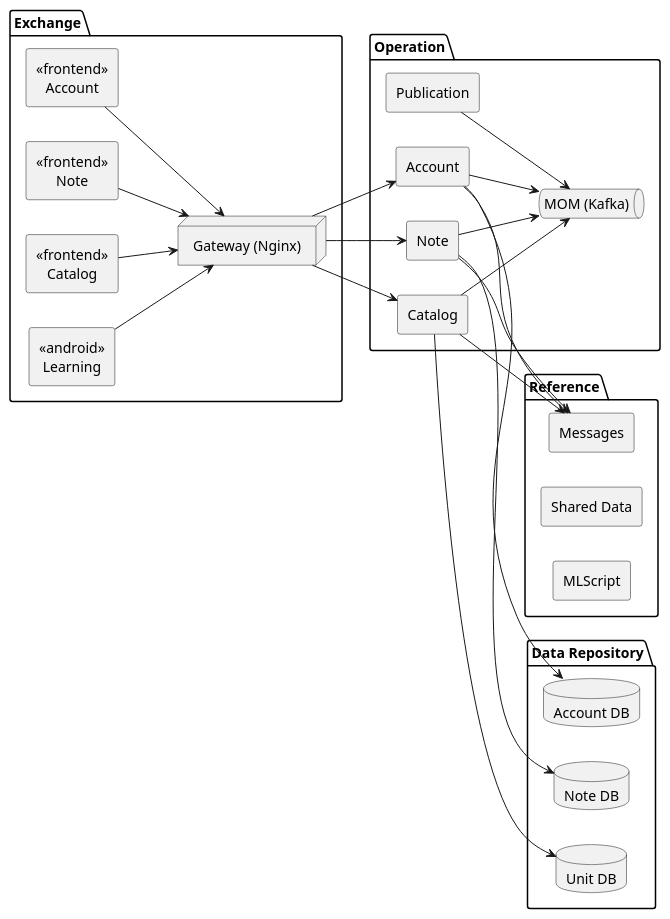
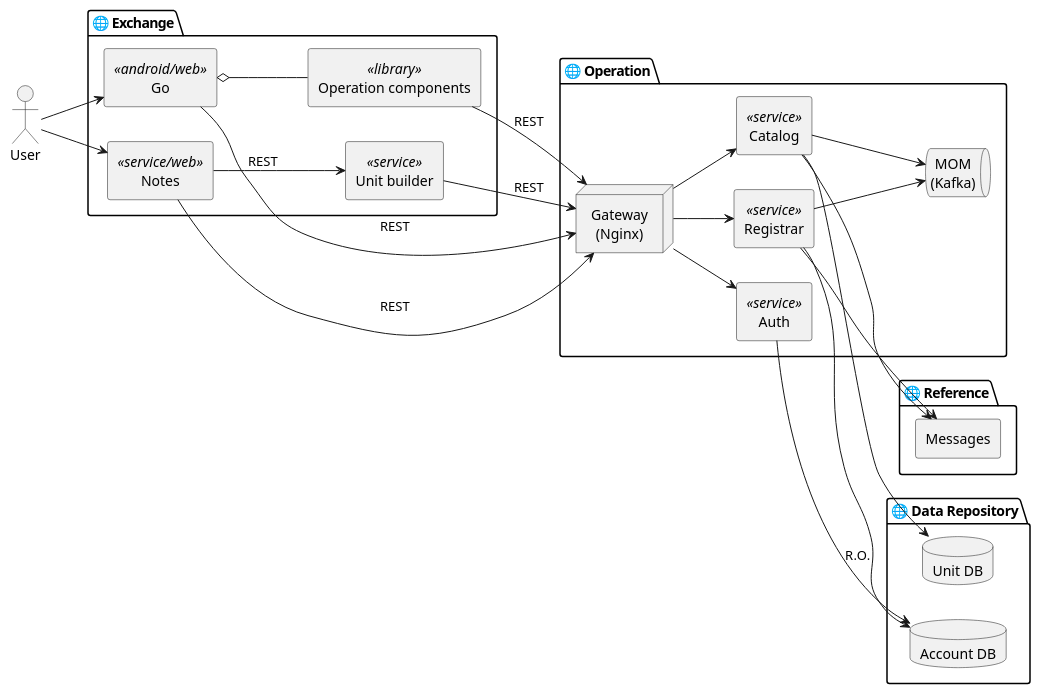
Before and after one commit to kiao-lp/kiao-lp.github.io: the second of 4 diagrams in architecture/global-architecture.md, drawn with PlantUML. The commit also changed other lines of this file and 3 other files, not shown here.

````diff
--- a/architecture/global-architecture.md
+++ b/architecture/global-architecture.md
@@ -49,60 +53,59 @@
 ```plantuml
 @startuml
 skinparam componentStyle rectangle
 skinparam defaultTextAlignment center
 left to right direction
 
-package "Exchange" {
-    node "Gateway (Nginx)" as GW
-    component "<< frontend >>\nAccount" as MFCompte
-    component "<< frontend >>\nNote" as MFNote
-    component "<< frontend >>\nCatalog" as MFCatalog
-    component "<< android >>\nLearning" as LearningAA
+actor User
 
-    MFCompte --> GW
-    MFNote --> GW
-    MFCatalog --> GW
-    LearningAA --> GW
+package "🌐 Operation" {
+    node "Gateway\n(Nginx)" as GW
+    
+    rectangle "Registrar" <<service>> as MSRegistrar
+    rectangle "Auth" <<service>> as MSAuth
+    rectangle "Catalog" <<service>> as MSCatalog
+
+    queue "MOM\n(Kafka)" as MOM
+
+    MSRegistrar --> MOM
+    MSCatalog --> MOM
 }
 
-package "Operation" {
+package "🌐 Exchange" {
+    component "Operation components" as OperationComponents <<library>>
+    component "Unit builder" <<service>> as Publication
+    component "Go" <<android/web>> as KiaoGO
+    component "Notes" <<service/web>> as KiaoNotes
 
-    rectangle "Account" as ZCompte
-    rectangle "Note" as ZNote
-    rectangle "Catalog" as ZCatalog
-
-    component "Publication" as Publication
-
-    queue "MOM (Kafka)" as MOM
-
-    ZCompte --> MOM
-    ZNote --> MOM
-    ZCatalog --> MOM
-    Publication --> MOM
+    KiaoNotes --> Publication : REST
+    Publication --> GW : REST
+    KiaoGO o-- OperationComponents
+    OperationComponents --> GW : REST
+    KiaoGO --> GW : REST
+    KiaoNotes --> GW : REST
 }
 
-package "Reference" {
+User --> KiaoNotes
+User --> KiaoGO
+
+package "🌐 Reference" {
     rectangle "Messages"
-    rectangle "Shared Data"
-    rectangle "MLScript"
 
-    ZCompte --> Messages
-    ZNote --> Messages
-    ZCatalog --> Messages
+    MSRegistrar --> Messages
+    MSCatalog --> Messages
 }
 
-package "Data Repository" {
+package "🌐 Data Repository" {
     database "Account DB"
-    database "Note DB"
     database "Unit DB"
 
-    ZCompte --> "Account DB"
-    ZNote --> "Note DB"
-    ZCatalog --> "Unit DB"
+    MSAuth --> "Account DB" : R.O.
+    MSRegistrar --> "Account DB"
+    MSCatalog --> "Unit DB"
 }
 
-GW --> ZCompte
-GW --> ZNote
-GW --> ZCatalog
+GW --> MSAuth
+GW --> MSRegistrar
+GW --> MSCatalog
 @enduml
 ```
````
